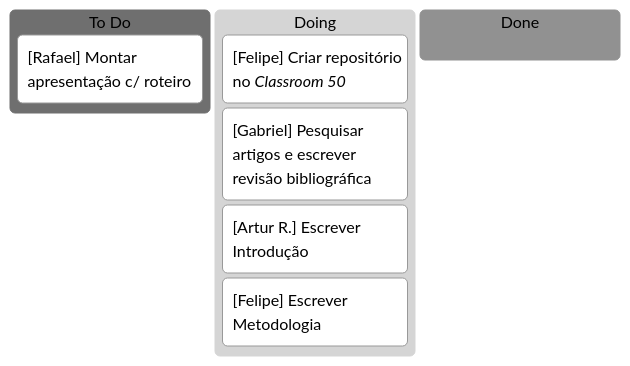
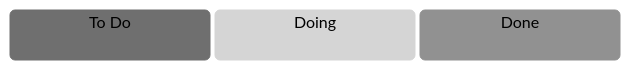
Before and after one commit to arturmartinho/Trabalho-Interdiciplinar-5: the diagram in README.md, drawn with Mermaid (neutral theme). The commit also changed 2 other files, not shown here.

Commit message:
feat: article and kanban update

````diff
--- a/README.md
+++ b/README.md
@@ -11,11 +11,6 @@
 ```mermaid
 kanban
     todo[To Do]
-        s01t05["[Rafael] Montar apresentação c/ roteiro"]
     doing[Doing]
-        s01t01["[Felipe] Criar repositório no _Classroom 50_"]
-        s01t02["[Gabriel] Pesquisar artigos e escrever revisão bibliográfica"]
-        s01t03["[Artur R.] Escrever Introdução"]
-        s01t04["[Felipe] Escrever Metodologia"]
     done[Done]
 ```
````
